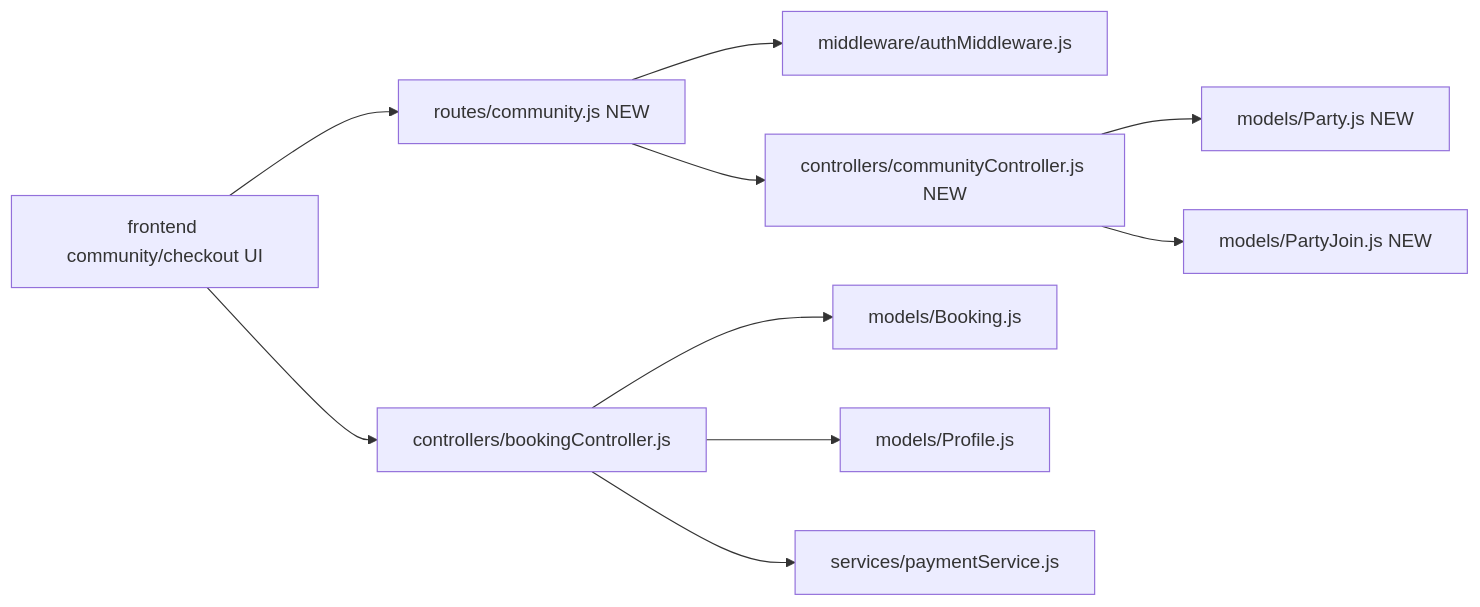
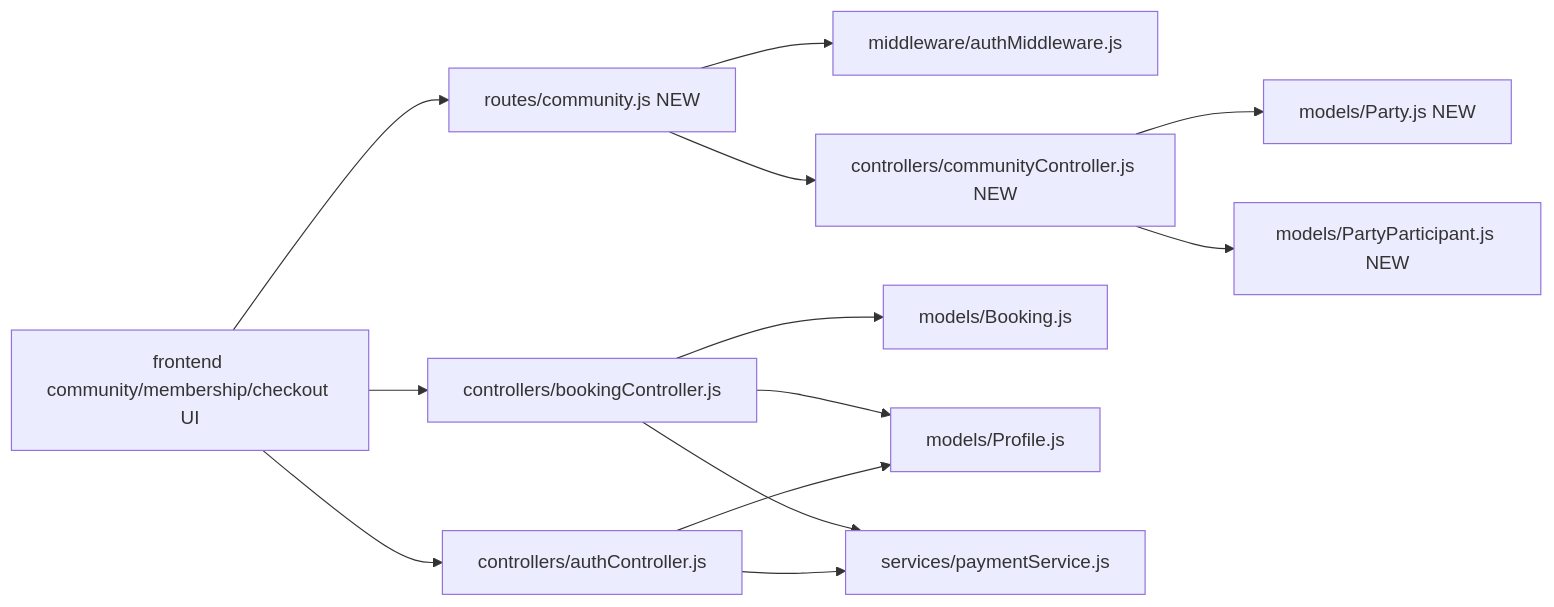
Before and after one commit to antnpwr/2025-ITCS383-FolkliyGrunt: the third of 3 diagrams in D4_IMPACT_ANALYSIS.md, drawn with Mermaid. The commit also changed other lines of this file and 2 other files, not shown here.

Commit message:
feat: implement membership discount system and community matchmaking features

````diff
--- a/D4_IMPACT_ANALYSIS.md
+++ b/D4_IMPACT_ANALYSIS.md
@@ -145,23 +153,27 @@
 ```mermaid
 flowchart LR
-  J[frontend community/checkout UI]
+  J[frontend community/membership/checkout UI]
   A[routes/community.js NEW]
   I[middleware/authMiddleware.js]
   B[controllers/communityController.js NEW]
   C[models/Party.js NEW]
-  D[models/PartyJoin.js NEW]
+  D[models/PartyParticipant.js NEW]
   E[controllers/bookingController.js]
   F[models/Booking.js]
   G[models/Profile.js]
   H[services/paymentService.js]
+  K[controllers/authController.js]
 
   J --> A
   J --> E
+  J --> K
   A --> I
   A --> B
   B --> C
   B --> D
   E --> F
   E --> G
   E --> H
+  K --> G
+  K --> H
 ```
````
